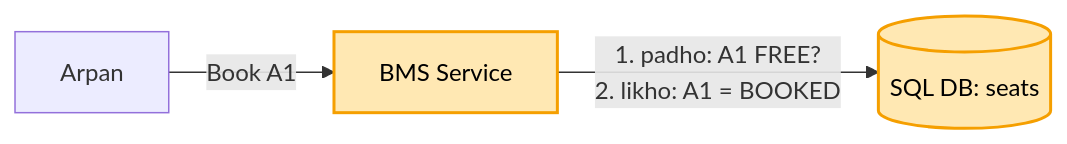
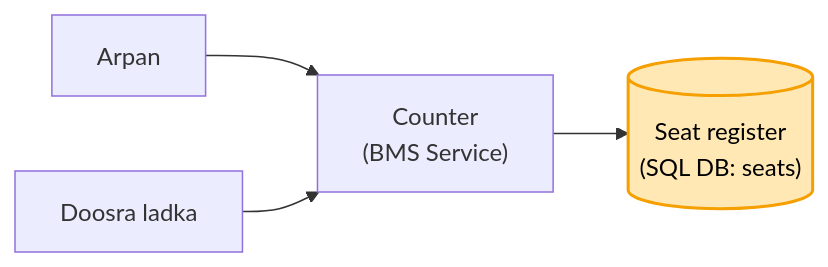
One commit to ArpanMaheshwari144/Prep changed the first of 4 diagrams in 04_HLD/SYSTEM_DESIGNS/09_bookmyshow/09_bookmyshow.md. Above: the diagram before and after it, drawn with Mermaid. The commit also changed other lines of this file and 13 other files, not shown here.

````diff
--- a/04_HLD/SYSTEM_DESIGNS/09_bookmyshow/09_bookmyshow.md
+++ b/04_HLD/SYSTEM_DESIGNS/09_bookmyshow/09_bookmyshow.md
@@ -69,7 +38,7 @@
 ```mermaid
 flowchart LR
-    U["Arpan"] -- "Book A1" --> S["BMS Service"]
-    S -- "1. padho: A1 FREE?<br/>2. likho: A1 = BOOKED" --> D[("SQL DB: seats")]
-    style S fill:#ffe8b3,stroke:#f59f00,stroke-width:2px,color:#000
+    A["Arpan"] --> S["Counter<br/>(BMS Service)"]
+    L["Doosra ladka"] --> S
+    S --> D[("Seat register<br/>(SQL DB: seats)")]
     style D fill:#ffe8b3,stroke:#f59f00,stroke-width:2px,color:#000
 ```
````
